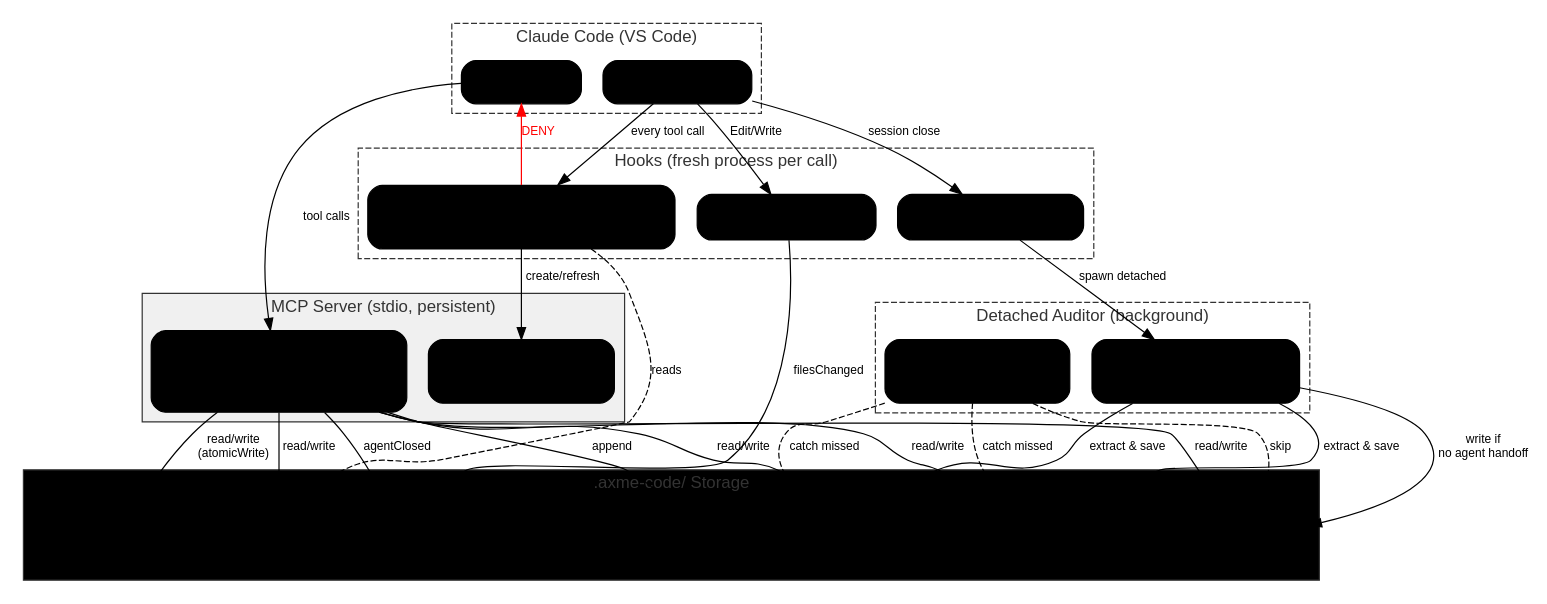
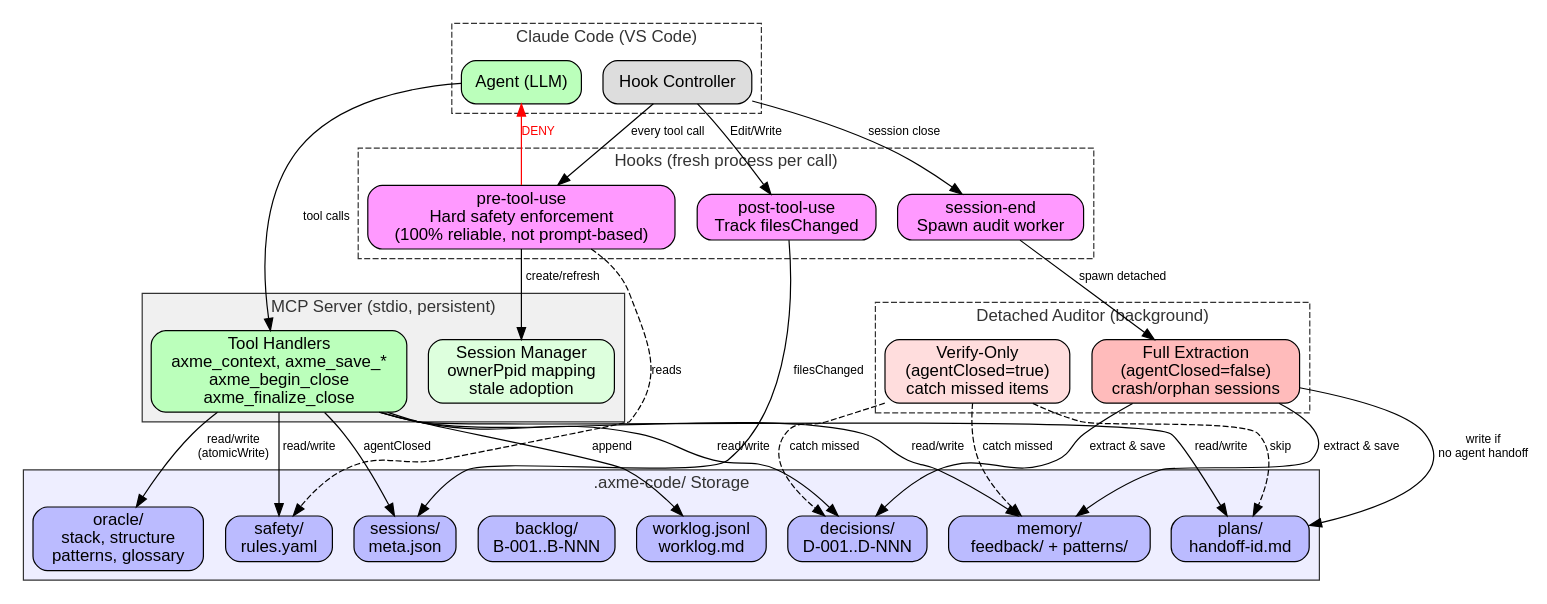
Before and after one commit to AxmeAI/axme-code: the diagram in docs/diagrams/axme-code-architecture.dot, drawn with Graphviz. The commit also changed 4 other files, not shown here.

First line of the commit message:
docs: regenerate PNG/SVG diagrams from updated v0.2.0 sources

```diff
--- a/docs/diagrams/axme-code-architecture.dot
+++ b/docs/diagrams/axme-code-architecture.dot
@@ -1,94 +1,94 @@
 digraph axme_code_architecture {
     rankdir=TB;
     fontname="Helvetica";
     node [fontname="Helvetica", shape=box, style="rounded,filled"];
     edge [fontname="Helvetica", fontsize=10];
     compound=true;
 
     // Claude Code
     subgraph cluster_claude {
         label="Claude Code (VS Code)";
         style="dashed";
         color="#333333";
         fontcolor="#333333";
-        Agent [label="Agent (LLM)", fillcolor="#bfb"];
-        HC [label="Hook Controller", fillcolor="#ddd"];
+        Agent [label="Agent (LLM)", fillcolor="#bbffbb"];
+        HC [label="Hook Controller", fillcolor="#dddddd"];
     }
 
     // MCP Server
     subgraph cluster_mcp {
         label="MCP Server (stdio, persistent)";
         style="filled";
         color="#333333";
         fillcolor="#f0f0f0";
         fontcolor="#333333";
-        Tools [label="Tool Handlers\naxme_context, axme_save_*\naxme_begin_close\naxme_finalize_close", fillcolor="#bfb"];
-        SessionMgr [label="Session Manager\nownerPpid mapping\nstale adoption", fillcolor="#dfd"];
+        Tools [label="Tool Handlers\naxme_context, axme_save_*\naxme_begin_close\naxme_finalize_close", fillcolor="#bbffbb"];
+        SessionMgr [label="Session Manager\nownerPpid mapping\nstale adoption", fillcolor="#ddffdd"];
     }
 
     // Hooks
     subgraph cluster_hooks {
         label="Hooks (fresh process per call)";
         style="dashed";
         color="#333333";
         fontcolor="#333333";
-        PreHook [label="pre-tool-use\nHard safety enforcement\n(100% reliable, not prompt-based)", fillcolor="#f9f"];
-        PostHook [label="post-tool-use\nTrack filesChanged", fillcolor="#f9f"];
-        EndHook [label="session-end\nSpawn audit worker", fillcolor="#f9f"];
+        PreHook [label="pre-tool-use\nHard safety enforcement\n(100% reliable, not prompt-based)", fillcolor="#ff99ff"];
+        PostHook [label="post-tool-use\nTrack filesChanged", fillcolor="#ff99ff"];
+        EndHook [label="session-end\nSpawn audit worker", fillcolor="#ff99ff"];
     }
 
     // Detached Auditor
     subgraph cluster_auditor {
         label="Detached Auditor (background)";
         style="dashed";
         color="#333333";
         fontcolor="#333333";
-        AuditFull [label="Full Extraction\n(agentClosed=false)\ncrash/orphan sessions", fillcolor="#fbb"];
-        AuditVerify [label="Verify-Only\n(agentClosed=true)\ncatch missed items", fillcolor="#fdd"];
+        AuditFull [label="Full Extraction\n(agentClosed=false)\ncrash/orphan sessions", fillcolor="#ffbbbb"];
+        AuditVerify [label="Verify-Only\n(agentClosed=true)\ncatch missed items", fillcolor="#ffdddd"];
     }
 
     // Storage
     subgraph cluster_storage {
         label=".axme-code/ Storage";
         style="filled";
         color="#333333";
-        fillcolor="#eef";
+        fillcolor="#eeeeff";
         fontcolor="#333333";
-        Oracle [label="oracle/\nstack, structure\npatterns, glossary", fillcolor="#bbf"];
-        Decisions [label="decisions/\nD-001..D-NNN", fillcolor="#bbf"];
-        Memory [label="memory/\nfeedback/ + patterns/", fillcolor="#bbf"];
-        Safety [label="safety/\nrules.yaml", fillcolor="#bbf"];
-        Backlog [label="backlog/\nB-001..B-NNN", fillcolor="#bbf"];
-        Sessions [label="sessions/\nmeta.json", fillcolor="#bbf"];
-        Plans [label="plans/\nhandoff-id.md", fillcolor="#bbf"];
-        Worklog [label="worklog.jsonl\nworklog.md", fillcolor="#bbf"];
+        Oracle [label="oracle/\nstack, structure\npatterns, glossary", fillcolor="#bbbbff"];
+        Decisions [label="decisions/\nD-001..D-NNN", fillcolor="#bbbbff"];
+        Memory [label="memory/\nfeedback/ + patterns/", fillcolor="#bbbbff"];
+        Safety [label="safety/\nrules.yaml", fillcolor="#bbbbff"];
+        Backlog [label="backlog/\nB-001..B-NNN", fillcolor="#bbbbff"];
+        Sessions [label="sessions/\nmeta.json", fillcolor="#bbbbff"];
+        Plans [label="plans/\nhandoff-id.md", fillcolor="#bbbbff"];
+        Worklog [label="worklog.jsonl\nworklog.md", fillcolor="#bbbbff"];
     }
 
     // Agent -> MCP
     Agent -> Tools [label="tool calls"];
     Tools -> Oracle [label="read/write\n(atomicWrite)"];
     Tools -> Decisions [label="read/write"];
     Tools -> Memory [label="read/write"];
     Tools -> Safety [label="read/write"];
     Tools -> Plans [label="read/write"];
     Tools -> Worklog [label="append"];
     Tools -> Sessions [label="agentClosed"];
 
     // Hooks
     HC -> PreHook [label="every tool call"];
     HC -> PostHook [label="Edit/Write"];
     HC -> EndHook [label="session close"];
     PreHook -> Agent [label="DENY", color="red", fontcolor="red"];
     PreHook -> SessionMgr [label="create/refresh"];
     PreHook -> Safety [style="dashed", label="reads"];
     PostHook -> Sessions [label="filesChanged"];
     EndHook -> AuditFull [label="spawn detached"];
 
     // Auditor
     AuditFull -> Decisions [label="extract & save"];
     AuditFull -> Memory [label="extract & save"];
     AuditVerify -> Decisions [label="catch missed", style="dashed"];
     AuditVerify -> Memory [label="catch missed", style="dashed"];
     AuditFull -> Plans [label="write if\nno agent handoff"];
     AuditVerify -> Plans [style="dashed", label="skip"];
 }
```
